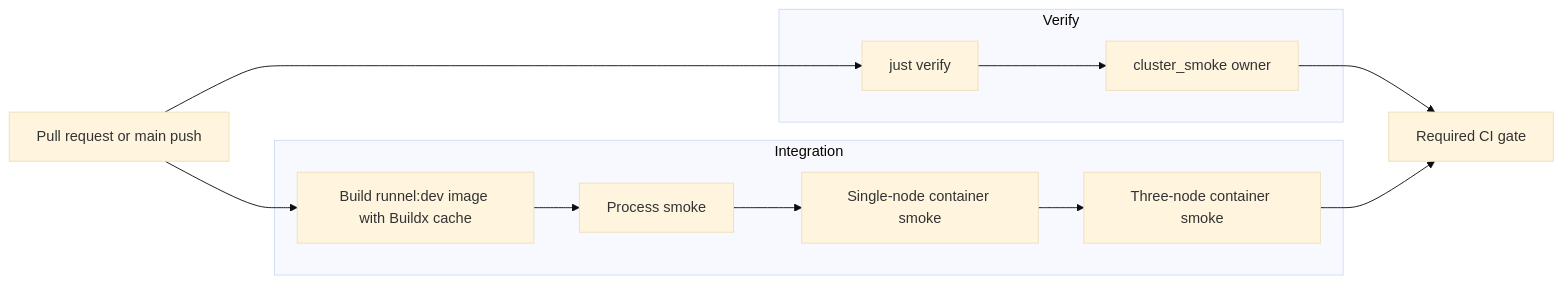
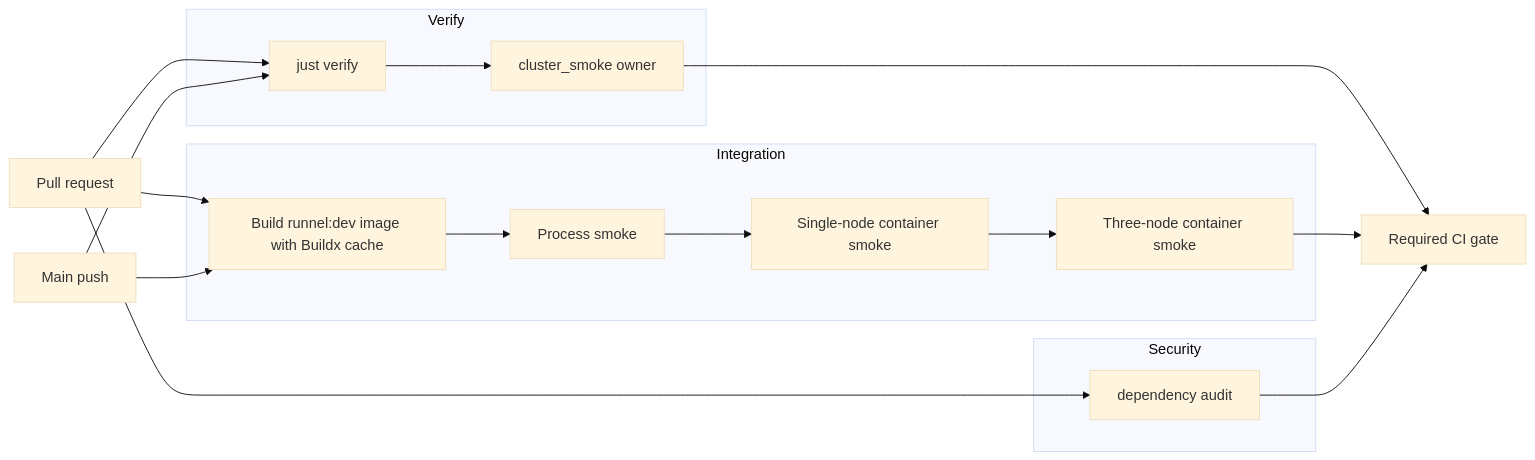
Before and after one commit to winrarr/runnel: the first of 2 diagrams in docs/design/ci-pipeline.md, drawn with Mermaid (base theme). The commit also changed other lines of this file and 4 other files, not shown here.

````diff
--- a/docs/design/ci-pipeline.md
+++ b/docs/design/ci-pipeline.md
@@ -6,22 +6,31 @@
 ```mermaid
 flowchart LR
-    commit[Pull request or main push]
+    commit[Pull request]
+    push[Main push]
 
     commit --> verify
     commit --> image
+    commit --> audit
+    push --> verify
+    push --> image
 
     subgraph V[Verify]
         verify[just verify]
         verify --> cluster[cluster_smoke owner]
     end
 
     subgraph I[Integration]
         image[Build runnel:dev image with Buildx cache]
         image --> smoke[Process smoke]
         smoke --> single[Single-node container smoke]
         single --> clustered[Three-node container smoke]
     end
 
+    subgraph S[Security]
+        audit[dependency audit]
+    end
+
     cluster --> gate[Required CI gate]
     clustered --> gate
+    audit --> gate
 ```
````
